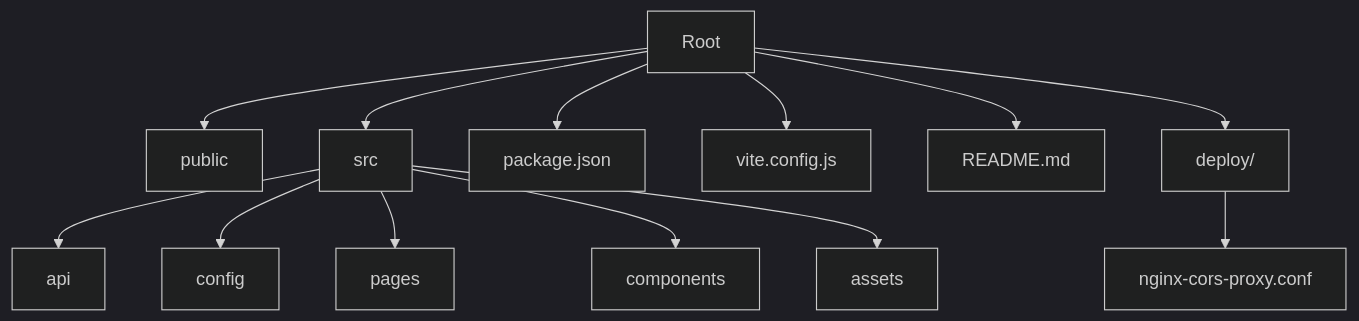
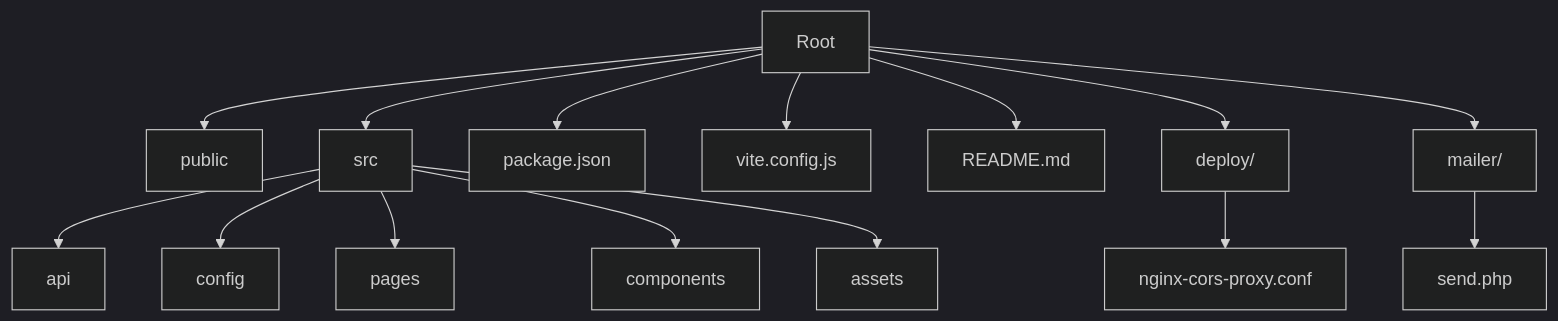
Before and after one commit to imcbsglobal/TRELLISCO_ERP_FRONTEND: the first of 7 diagrams in .qoder/repowiki/en/content/Deployment Guide.md, drawn with Mermaid (dark theme). The commit also changed other lines of this file and 20 other files, not shown here.

````diff
--- a/.qoder/repowiki/en/content/Deployment Guide.md
+++ b/.qoder/repowiki/en/content/Deployment Guide.md
@@ -68,15 +72,17 @@
 ```mermaid
 graph TB
 A["Root"] --> B["public"]
 A --> C["src"]
 C --> D["api"]
 C --> E["config"]
 C --> F["pages"]
 C --> G["components"]
 C --> H["assets"]
 A --> I["package.json"]
 A --> J["vite.config.js"]
 A --> K["README.md"]
 A --> L["deploy/"]
 L --> M["nginx-cors-proxy.conf"]
+A --> N["mailer/"]
+N --> O["send.php"]
 ```
````
